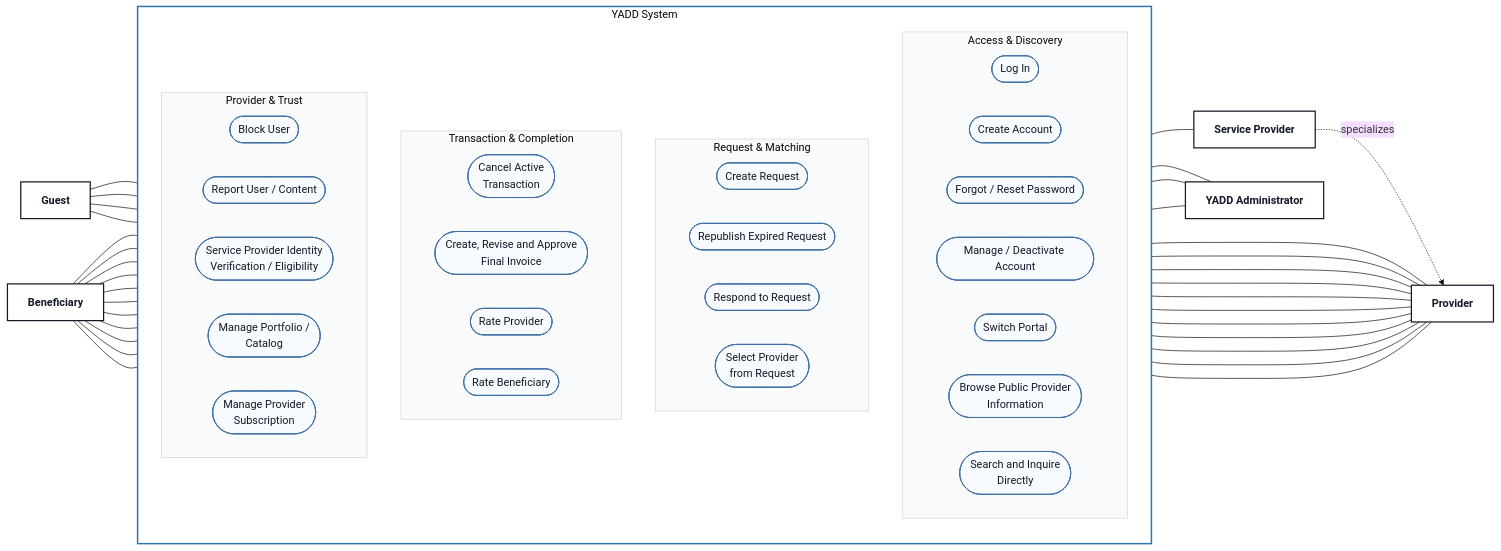
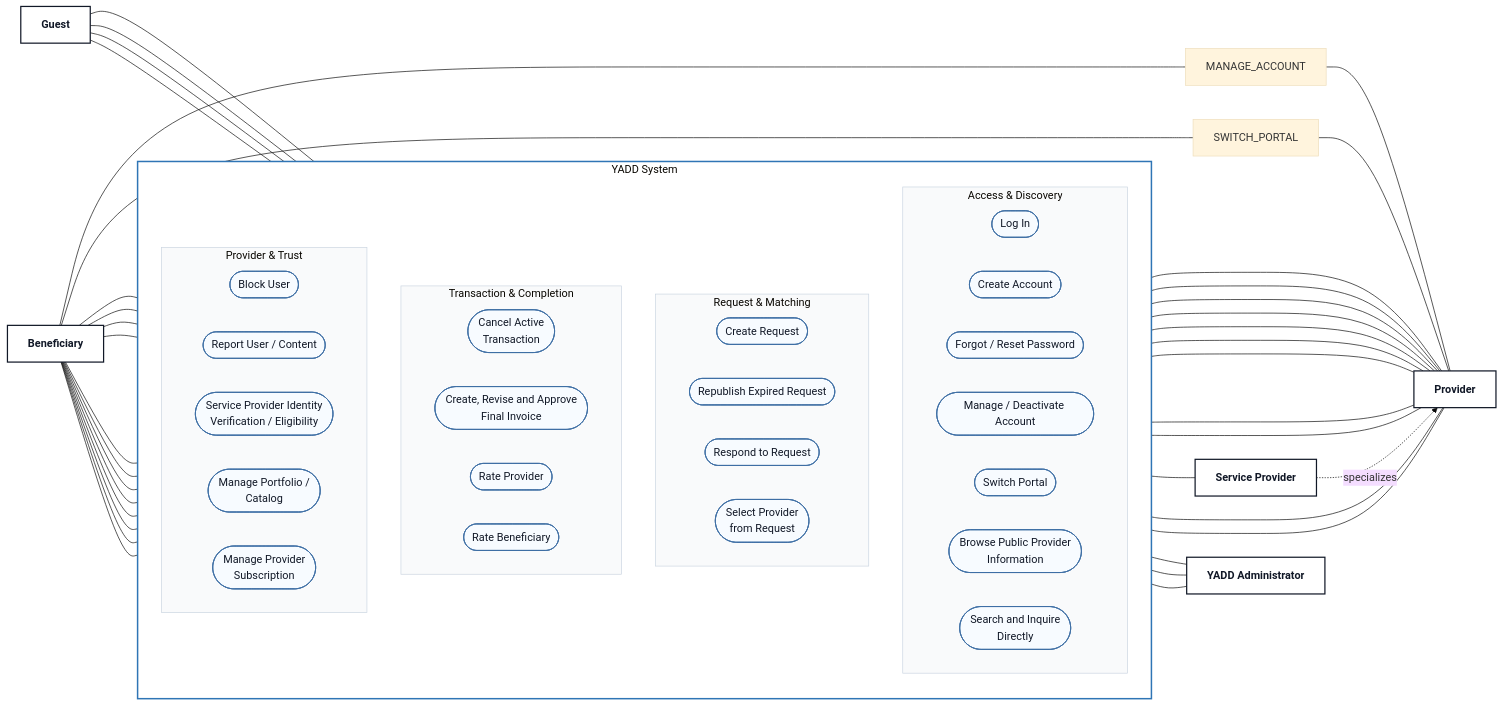
One commit to Yadd-SanaaUniversityGraduationProject/yadd changed the diagram in diagrams/03-analysis/uml/use-case/00-main-overview.md. Above: the diagram before and after it, drawn with Mermaid (base theme). The commit also changed other lines of this file, not shown here.

Commit message:
Synchronize main use-case overview with account, request lifecycle and subscription roles

```diff
--- a/diagrams/03-analysis/uml/use-case/00-main-overview.md
+++ b/diagrams/03-analysis/uml/use-case/00-main-overview.md
@@ -69,8 +69,11 @@
 
     B --- MANAGE_ACC
     B --- SWITCH
+    B --- MANAGE_ACCOUNT
+    B --- SWITCH_PORTAL
     B --- UC01
     B --- UC02
+    B --- REPUBLISH
     B --- REPUBLISH
     B --- UC04
     B --- UC05
@@ -81,6 +84,8 @@
 
     MANAGE_ACC --- P
     SWITCH --- P
+    MANAGE_ACCOUNT --- P
+    SWITCH_PORTAL --- P
     UC01 --- P
     UC03 --- P
     UC05 --- P
```
